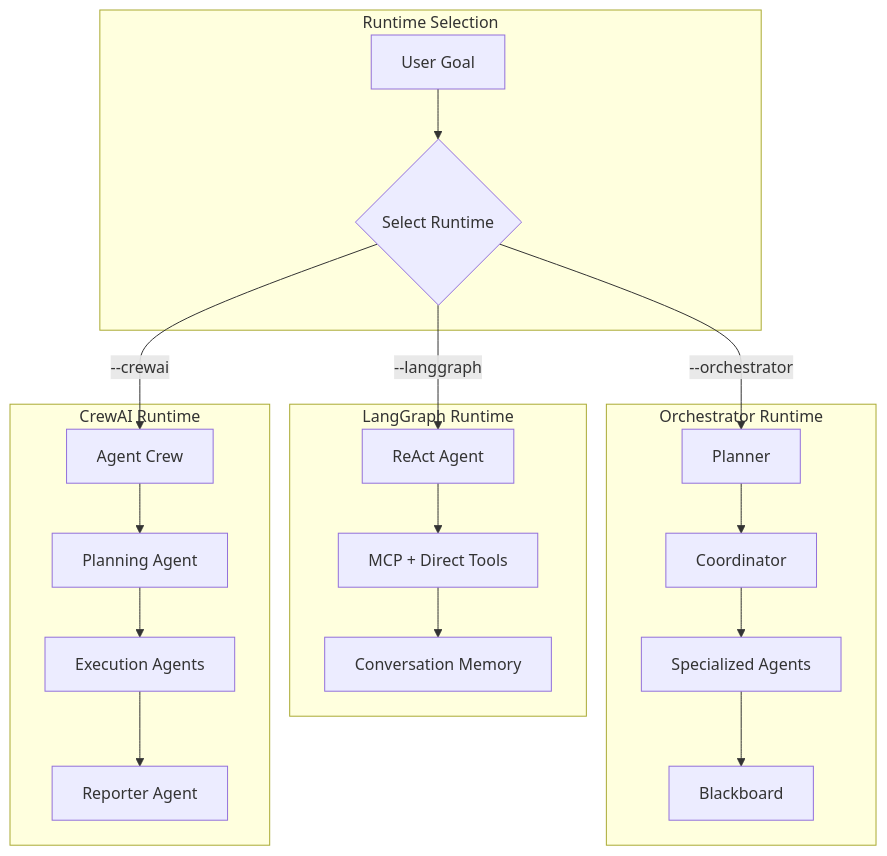
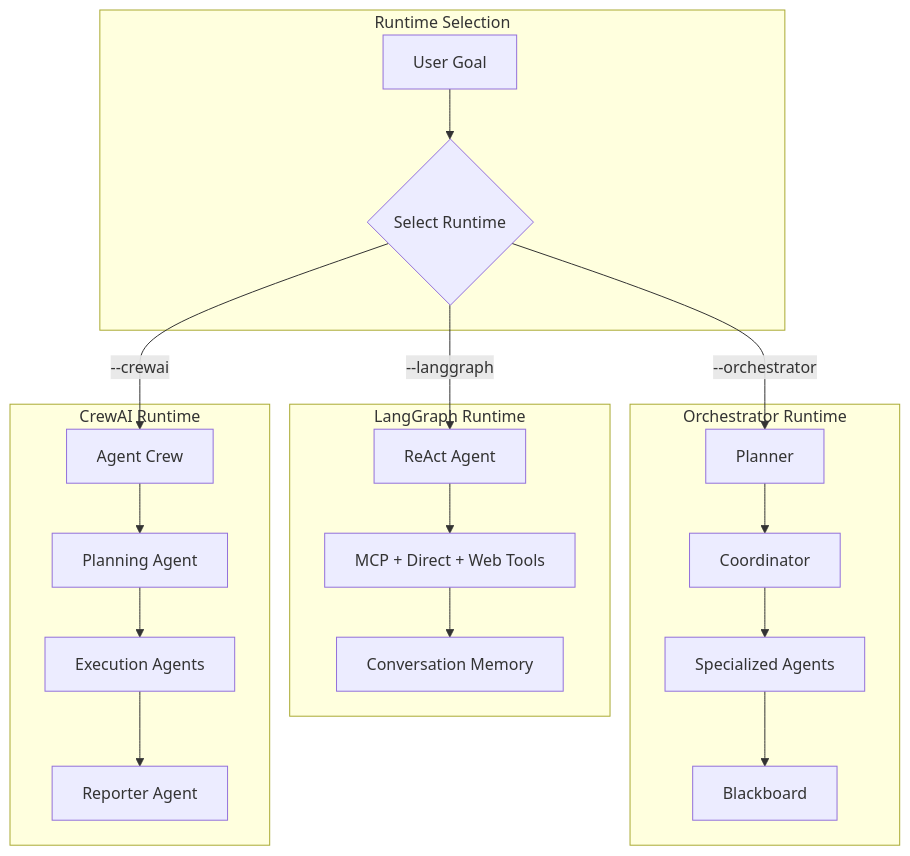
One commit to hoangsonww/EstateWise-Chapel-Hill-Chatbot changed diagram 12 of 31 in ARCHITECTURE.md. Above: the diagram before and after it, drawn with Mermaid. The commit also changed other lines of this file and 17 other files, not shown here.

Commit message:
feat(web): add web search and fetch tools for internet research capabilities

````diff
--- a/ARCHITECTURE.md
+++ b/ARCHITECTURE.md
@@ -497,43 +502,43 @@
 ```mermaid
 flowchart TB
   subgraph "Runtime Selection"
     Goal[User Goal]
     Selector{Select Runtime}
   end
 
   subgraph "Orchestrator Runtime"
     O_Plan[Planner]
     O_Coord[Coordinator]
     O_Agents[Specialized Agents]
     O_Black[Blackboard]
   end
 
   subgraph "LangGraph Runtime"
     L_React[ReAct Agent]
-    L_Tools[MCP + Direct Tools]
+    L_Tools[MCP + Direct + Web Tools]
     L_Memory[Conversation Memory]
   end
 
   subgraph "CrewAI Runtime"
     C_Crew[Agent Crew]
     C_Plan[Planning Agent]
     C_Exec[Execution Agents]
     C_Report[Reporter Agent]
   end
 
   Goal --> Selector
   Selector -->|--orchestrator| O_Plan
   Selector -->|--langgraph| L_React
   Selector -->|--crewai| C_Crew
 
   O_Plan --> O_Coord
   O_Coord --> O_Agents
   O_Agents --> O_Black
 
   L_React --> L_Tools
   L_Tools --> L_Memory
 
   C_Crew --> C_Plan
   C_Plan --> C_Exec
   C_Exec --> C_Report
 ```
````
